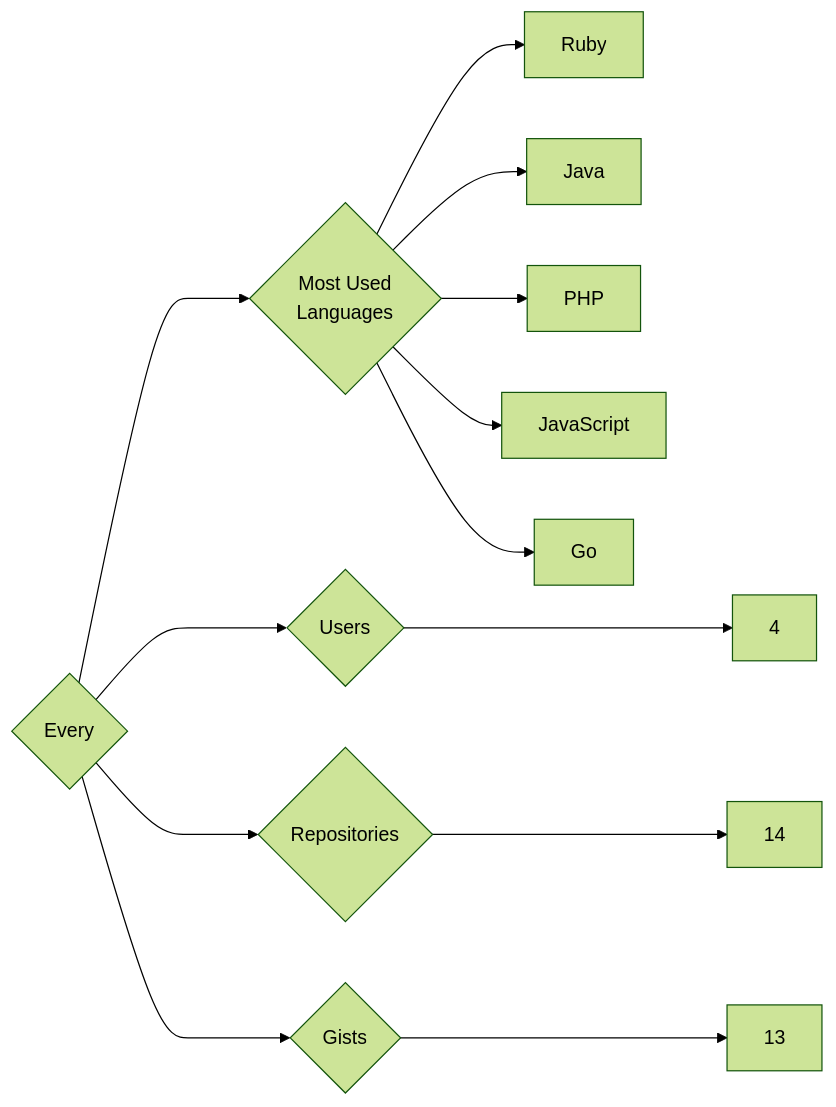
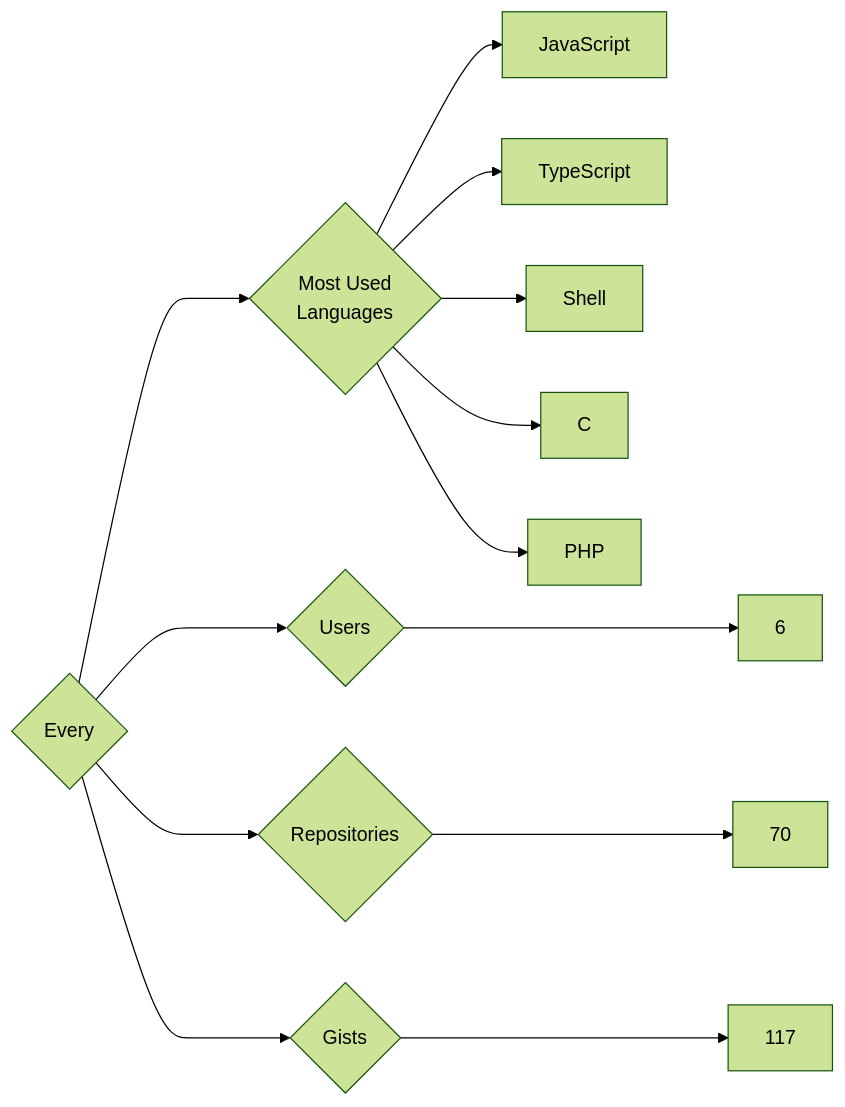
One commit to trickest/insiders changed the diagram in targets/Every/README.md. Above: the diagram before and after it, drawn with Mermaid (forest theme). The commit also changed 1170 other files, not shown here.

````diff
--- a/targets/Every/README.md
+++ b/targets/Every/README.md
@@ -3,13 +3,13 @@
 ```mermaid
 graph LR
 COMPANY_NAME{Every}
-COMPANY_NAME ---> U{Users} ---> UN[4]
-COMPANY_NAME ---> R{Repositories} ---> RN[14]
-COMPANY_NAME ---> G{Gists} ---> GN[13]
+COMPANY_NAME ---> U{Users} ---> UN[6]
+COMPANY_NAME ---> R{Repositories} ---> RN[70]
+COMPANY_NAME ---> G{Gists} ---> GN[117]
 COMPANY_NAME ---> ML{Most Used<br>Languages}
-ML --> Ruby[Ruby]
-ML --> Java[Java]
+ML --> JavaScript[JavaScript]
+ML --> TypeScript[TypeScript]
+ML --> Shell[Shell]
+ML --> C[C]
 ML --> PHP[PHP]
-ML --> JavaScript[JavaScript]
-ML --> Go[Go]
 ```
````
